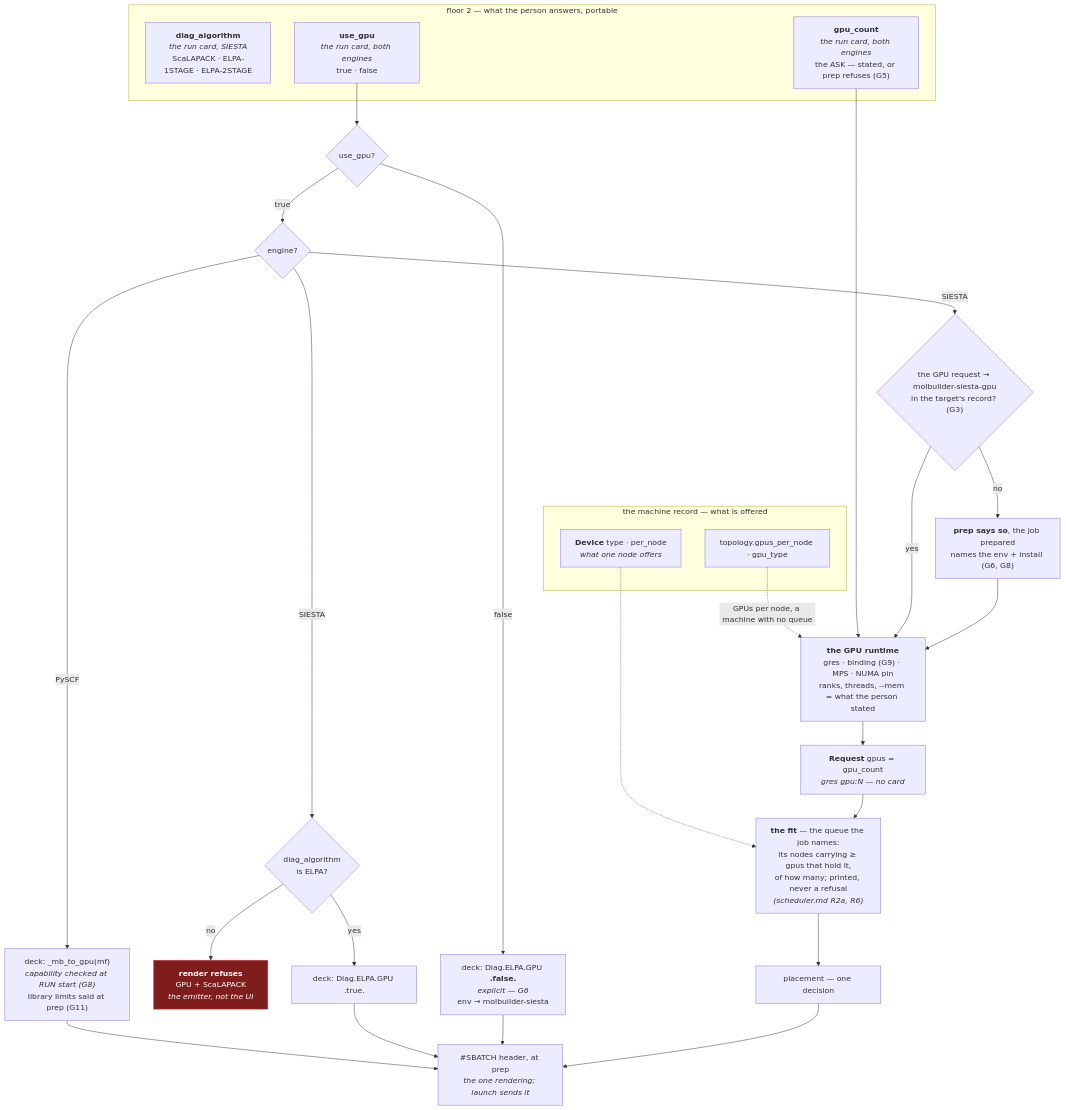
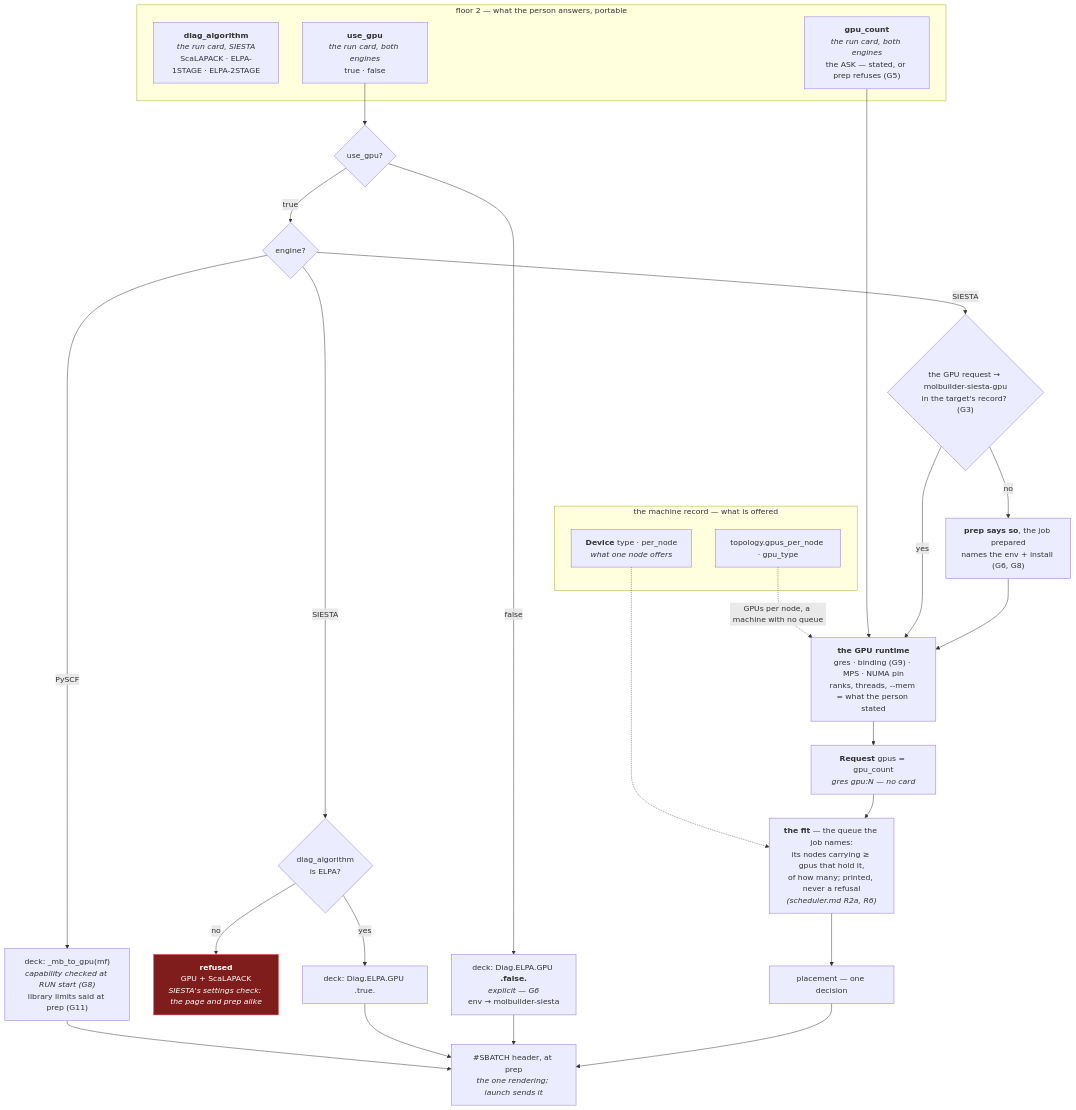
The diagram in docs/execution/gpu.md (Qing-LAB/molbuilder), drawn with Mermaid before and after one commit. The commit also changed 152 other files, not shown here.

````diff
--- a/docs/execution/gpu.md
+++ b/docs/execution/gpu.md
@@ -256,44 +256,44 @@
 ```mermaid
 flowchart TB
     subgraph ASK["floor 2 — what the person answers, portable"]
         SOLVER["<b>diag_algorithm</b><br/><i>the run card, SIESTA</i><br/>ScaLAPACK · ELPA-1STAGE · ELPA-2STAGE"]
         WANT["<b>use_gpu</b><br/><i>the run card, both engines</i><br/>true · false"]
         COUNT["<b>gpu_count</b><br/><i>the run card, both engines</i><br/>the ASK — stated, or prep refuses (G5)"]
     end
 
     subgraph MACH["the machine record — what is offered"]
         DEV["<b>Device</b> type · per_node<br/><i>what one node offers</i>"]
         TOPO["topology.gpus_per_node · gpu_type"]
     end
 
     WANT --> Q1{"use_gpu?"}
     Q1 -->|false| CPU["deck: Diag.ELPA.GPU <b>.false.</b><br/><i>explicit — G6</i><br/>env → molbuilder-siesta"]
     Q1 -->|true| Q2{"engine?"}
 
     Q2 -->|SIESTA| Q3{"diag_algorithm<br/>is ELPA?"}
-    Q3 -->|no| REFUSE1["<b>render refuses</b><br/>GPU + ScaLAPACK<br/><i>the emitter, not the UI</i>"]
+    Q3 -->|no| REFUSE1["<b>refused</b><br/>GPU + ScaLAPACK<br/><i>SIESTA's settings check: the page and prep alike</i>"]
     Q3 -->|yes| DECK["deck: Diag.ELPA.GPU .true."]
     ENV{"the GPU request → molbuilder-siesta-gpu<br/>in the target's record? (G3)"}
     Q2 -->|SIESTA| ENV
     Q2 -->|PySCF| PYDECK["deck: _mb_to_gpu(mf)<br/><i>capability checked at RUN start (G8)</i><br/>library limits said at prep (G11)"]
 
     ENV -->|no| SAID2["<b>prep says so</b>, the job prepared<br/>names the env + install (G6, G8)"]
     SAID2 --> RT
     ENV -->|yes| RT["<b>the GPU runtime</b><br/>gres · binding (G9) · MPS · NUMA pin<br/>ranks, threads, --mem = what the person stated"]
 
     COUNT --> RT
     TOPO -.->|"GPUs per node, a machine with no queue"| RT
     RT --> REQ["<b>Request</b> gpus = gpu_count<br/><i>gres gpu:N — no card</i>"]
 
     REQ --> FIT["<b>the fit</b> — the queue the job names:<br/>its nodes carrying ≥ gpus that hold it,<br/>of how many; printed, never a refusal<br/><i>(scheduler.md R2a, R6)</i>"]
     DEV -.-> FIT
     FIT --> PLACE["placement — one decision"]
     PLACE --> OUT["#SBATCH header, at prep<br/><i>the one rendering; launch sends it</i>"]
 
     CPU --> OUT
     DECK --> OUT
     PYDECK --> OUT
 
     classDef refuse fill:#7f1d1d,stroke:#ef4444,color:#fff
     class REFUSE1 refuse
 ```
````
